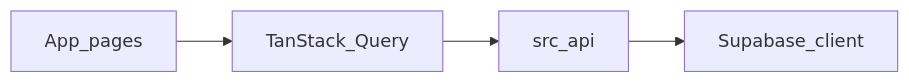
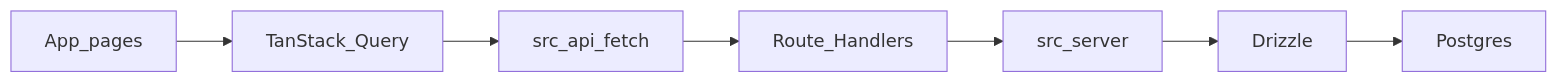
One commit to PrainLopez/noticount changed the diagram in AGENTS.md. Above: the diagram before and after it, drawn with Mermaid. The commit also changed other lines of this file and 37 other files, not shown here.

````diff
--- a/AGENTS.md
+++ b/AGENTS.md
@@ -94,10 +108,16 @@
 ```mermaid
 flowchart LR
   pages[App_pages]
   rq[TanStack_Query]
-  api[src_api]
-  sb[Supabase_client]
+  api[src_api_fetch]
+  rh[Route_Handlers]
+  srv[src_server]
+  dz[Drizzle]
+  pg[Postgres]
   pages --> rq
   rq --> api
-  api --> sb
+  api --> rh
+  rh --> srv
+  srv --> dz
+  dz --> pg
 ```
````
